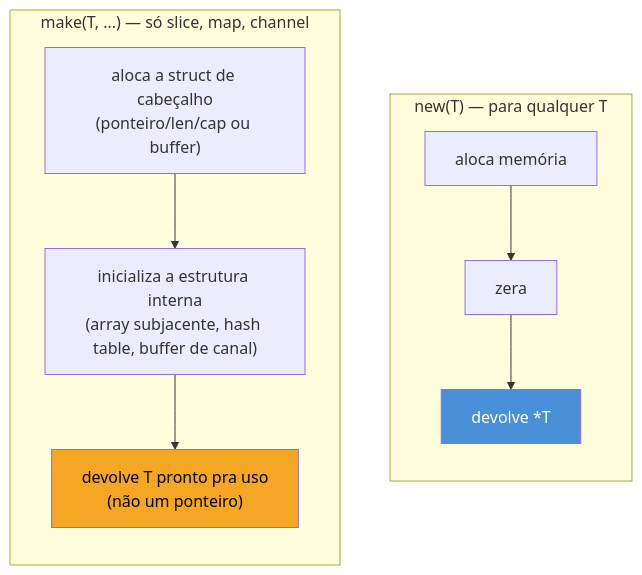
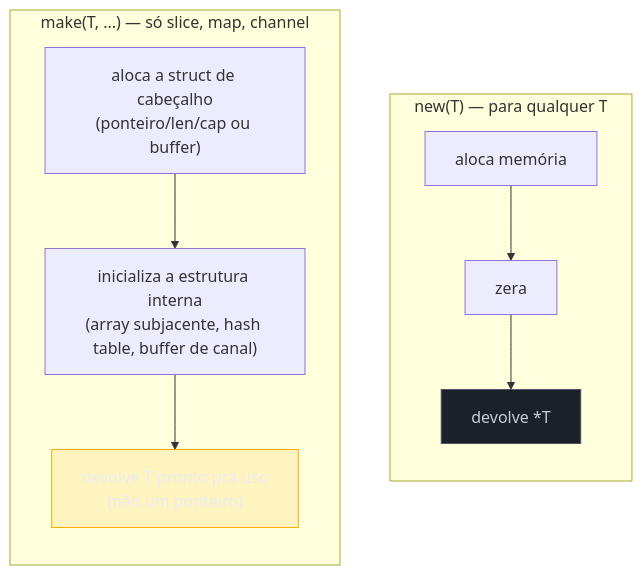
The first of 2 diagrams in 03-Dominios/Tecnologia/Go/05 - Coleções e dados/06 - make, new e alocação.md (josenaldo/codex-technomanticus), drawn with Mermaid before and after one commit. The commit also changed 1181 other files, not shown here.

First line of the commit message:
fix(diagramas): paleta do sistema no lugar de cor cravada no markdown

````diff
--- a/03-Dominios/Tecnologia/Go/05 - Coleções e dados/06 - make, new e alocação.md
+++ b/03-Dominios/Tecnologia/Go/05 - Coleções e dados/06 - make, new e alocação.md
@@ -42,14 +42,16 @@
 ```mermaid
 flowchart TB
+    classDef neutro fill:#1B2029,stroke:#4E5666,color:#C6CCD8
+    classDef destaque fill:#FFAA0024,stroke:#FFAA00,color:#E9ECF2
     subgraph novo["new(T) — para qualquer T"]
         direction TB
         N1["aloca memória"] --> N2["zera"] --> N3["devolve *T"]
     end
     subgraph fazer["make(T, ...) — só slice, map, channel"]
         direction TB
         M1["aloca a struct de cabeçalho\n(ponteiro/len/cap ou buffer)"] --> M2["inicializa a estrutura interna\n(array subjacente, hash table, buffer de canal)"] --> M3["devolve T pronto pra uso\n(não um ponteiro)"]
     end
 
-    style N3 fill:#4A90D9,color:#fff
-    style M3 fill:#F5A623,color:#000
+    class N3 neutro
+    class M3 destaque
 ```
````
